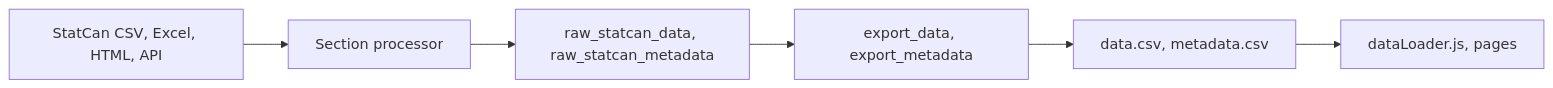
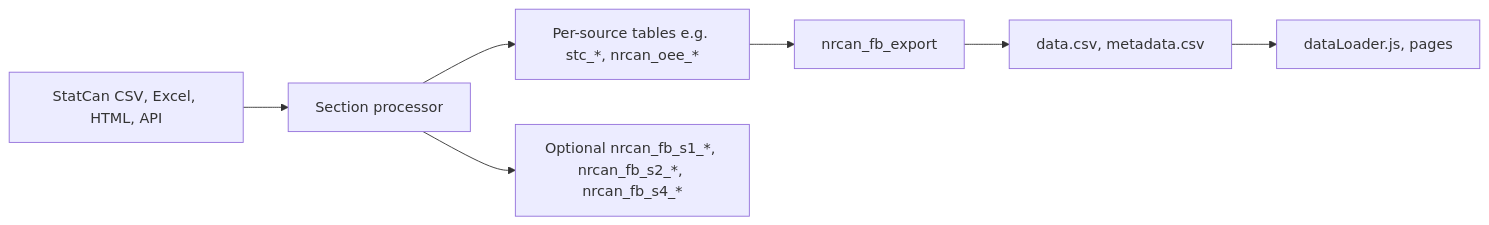
The diagram in docs/DATA_PIPELINE_GUIDE.md (PierreNelson/NRCan_Energy_Fact_Book), drawn with Mermaid before and after one commit. The commit also changed other lines of this file and 71 other files, not shown here.

````diff
--- a/docs/DATA_PIPELINE_GUIDE.md
+++ b/docs/DATA_PIPELINE_GUIDE.md
@@ -13,15 +13,17 @@
 ```mermaid
 flowchart LR
     Sources[StatCan CSV, Excel, HTML, API]
     Processor[Section processor]
-    RawDB[raw_statcan_data, raw_statcan_metadata]
-    ExportDB[export_data, export_metadata]
+    SeriesDB[Per-source tables e.g. stc_*, nrcan_oee_*]
+    CalcDB[Optional nrcan_fb_s1_*, nrcan_fb_s2_*, nrcan_fb_s4_*]
+    ExportDB[nrcan_fb_export]
     CSV[data.csv, metadata.csv]
     Frontend[dataLoader.js, pages]
 
     Sources --> Processor
-    Processor --> RawDB
-    RawDB --> ExportDB
+    Processor --> SeriesDB
+    Processor --> CalcDB
+    SeriesDB --> ExportDB
     ExportDB --> CSV
     CSV --> Frontend
 ```
````
